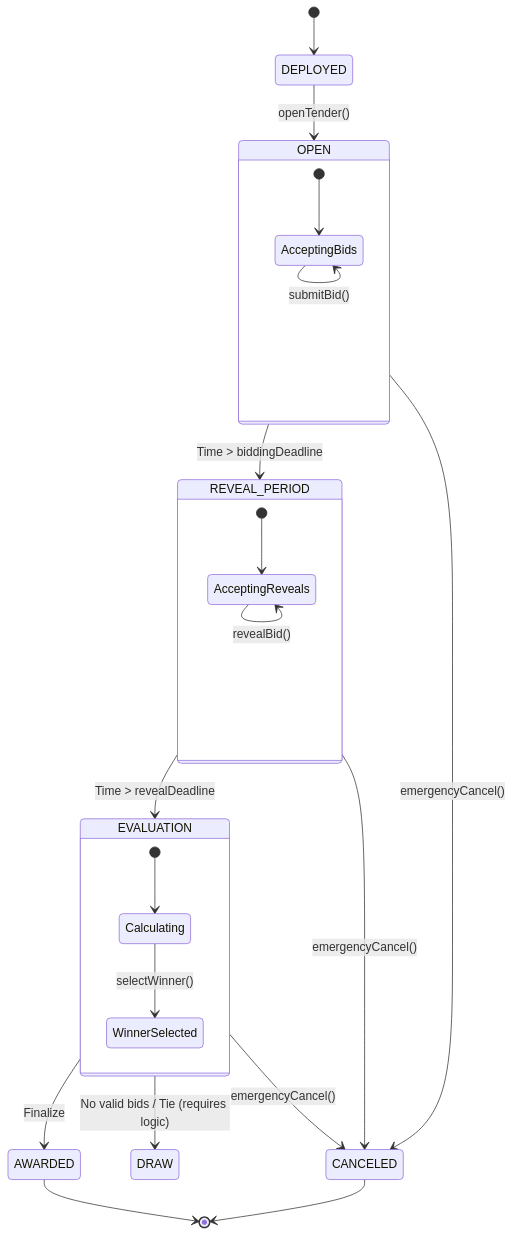
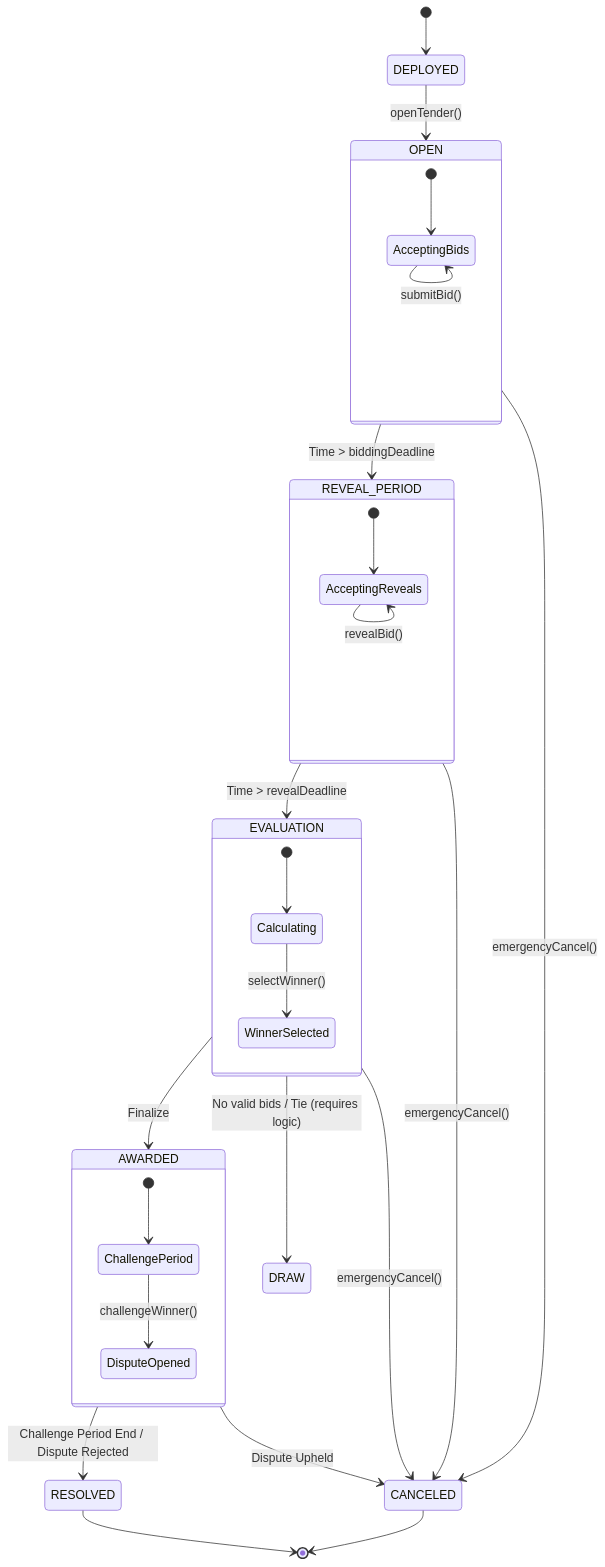
One commit to Ekam-Bitt/e-tender changed the diagram in specs/state-machine.md. Above: the diagram before and after it, drawn with Mermaid. The commit also changed other lines of this file and 81 other files, not shown here.

````diff
--- a/specs/state-machine.md
+++ b/specs/state-machine.md
@@ -48,34 +58,42 @@
 ```mermaid
 stateDiagram-v2
     [*] --> DEPLOYED
     DEPLOYED --> OPEN : openTender()
     
     state OPEN {
         [*] --> AcceptingBids
         AcceptingBids --> AcceptingBids : submitBid()
     }
 
     OPEN --> REVEAL_PERIOD : Time > biddingDeadline
     
     state REVEAL_PERIOD {
         [*] --> AcceptingReveals
         AcceptingReveals --> AcceptingReveals : revealBid()
     }
 
     REVEAL_PERIOD --> EVALUATION : Time > revealDeadline
     
     state EVALUATION {
         [*] --> Calculating
         Calculating --> WinnerSelected : selectWinner()
     }
 
     EVALUATION --> AWARDED : Finalize
     EVALUATION --> DRAW : No valid bids / Tie (requires logic)
 
+    state AWARDED {
+        [*] --> ChallengePeriod
+        ChallengePeriod --> DisputeOpened : challengeWinner()
+    }
+
+    AWARDED --> RESOLVED : Challenge Period End / Dispute Rejected
+    AWARDED --> CANCELED : Dispute Upheld
+
     OPEN --> CANCELED : emergencyCancel()
     REVEAL_PERIOD --> CANCELED : emergencyCancel()
     EVALUATION --> CANCELED : emergencyCancel()
 
-    AWARDED --> [*]
+    RESOLVED --> [*]
     CANCELED --> [*]
 ```
````
